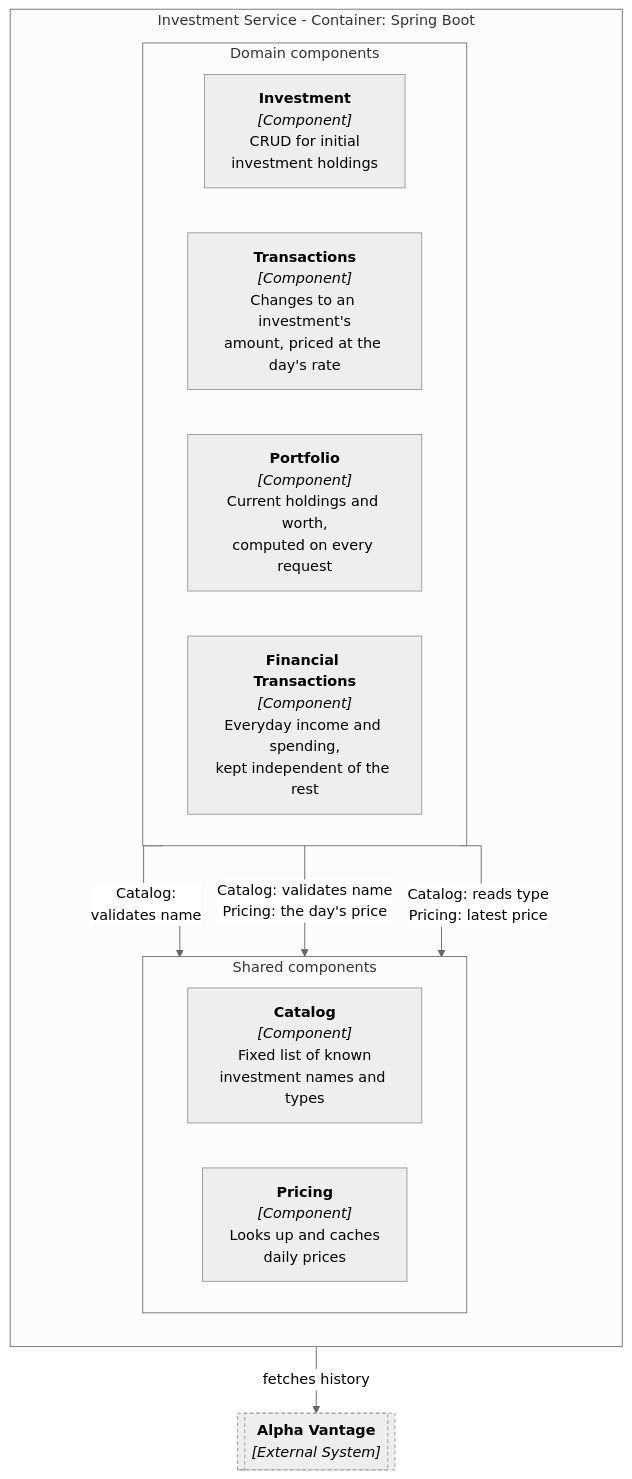
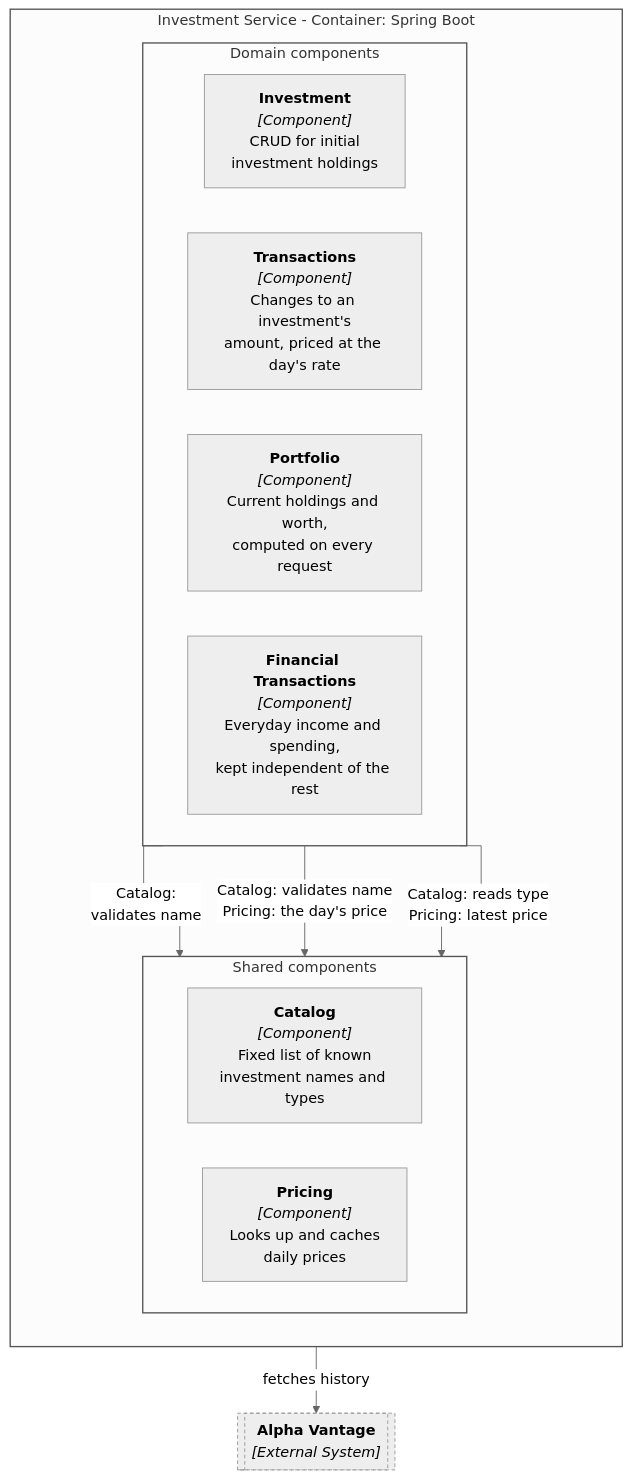
One commit to ahmet-cskn/investment-tracker changed the second of 2 diagrams in README.md. Above: the diagram before and after it, drawn with Mermaid. The commit also changed other lines of this file and 1 other file, not shown here.

````diff
--- a/README.md
+++ b/README.md
@@ -51,29 +83,33 @@
 ```mermaid
-%%{init: {'theme': 'neutral', 'flowchart': {'curve': 'stepAfter'}}}%%
+%%{init: {'theme': 'neutral', 'themeVariables': {'clusterBorder': '#666666'}, 'flowchart': {'curve': 'stepAfter'}}}%%
 flowchart TB
     subgraph backend["Investment Service - Container: Spring Boot"]
         direction TB
         subgraph domain["Domain components"]
             direction LR
             investment["<b>Investment</b><br/><i>[Component]</i><br/>CRUD for initial<br/>investment holdings"]
             transactions["<b>Transactions</b><br/><i>[Component]</i><br/>Changes to an investment's<br/>amount, priced at the day's rate"]
             portfolio["<b>Portfolio</b><br/><i>[Component]</i><br/>Current holdings and worth,<br/>computed on every request"]
             financial["<b>Financial Transactions</b><br/><i>[Component]</i><br/>Everyday income and spending,<br/>kept independent of the rest"]
         end
         subgraph support["Shared components"]
             direction LR
             catalog["<b>Catalog</b><br/><i>[Component]</i><br/>Fixed list of known<br/>investment names and types"]
             pricing["<b>Pricing</b><br/><i>[Component]</i><br/>Looks up and caches<br/>daily prices"]
         end
     end
 
     avapi[["<b>Alpha Vantage</b><br/><i>[External System]</i>"]]
 
     investment -->|"Catalog:<br/>validates name"| support
     transactions -->|"Catalog: validates name<br/>Pricing: the day's price"| support
     portfolio -->|"Catalog: reads type<br/>Pricing: latest price"| support
     pricing -->|"fetches history"| avapi
 
+    style backend stroke:#555555,stroke-width:1.5px
+    style domain stroke:#555555,stroke-width:1.5px
+    style support stroke:#555555,stroke-width:1.5px
+
     classDef external stroke-dasharray: 4 3
     class avapi external
 ```
````
